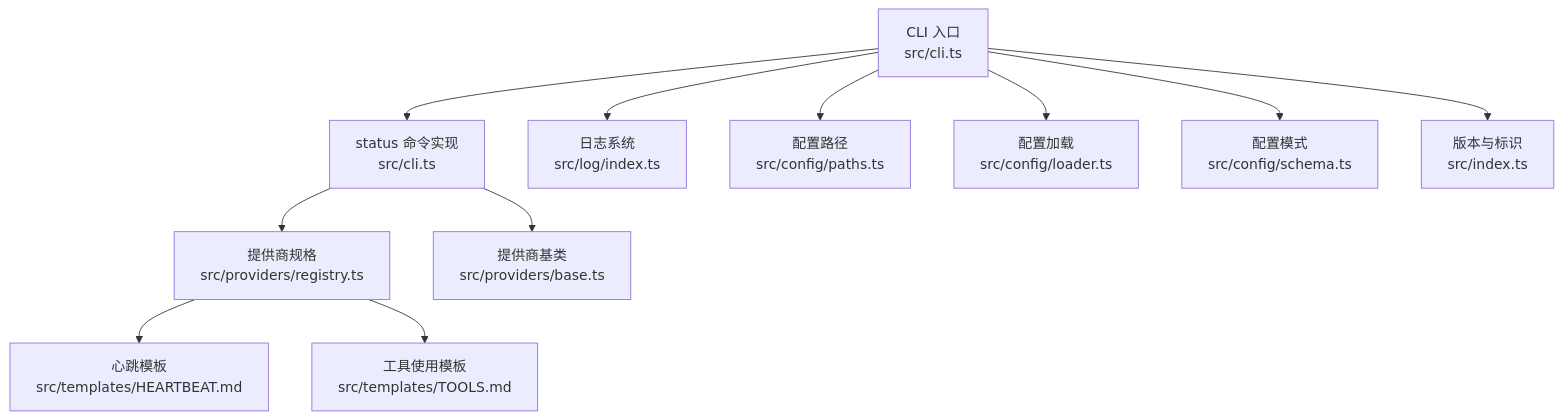
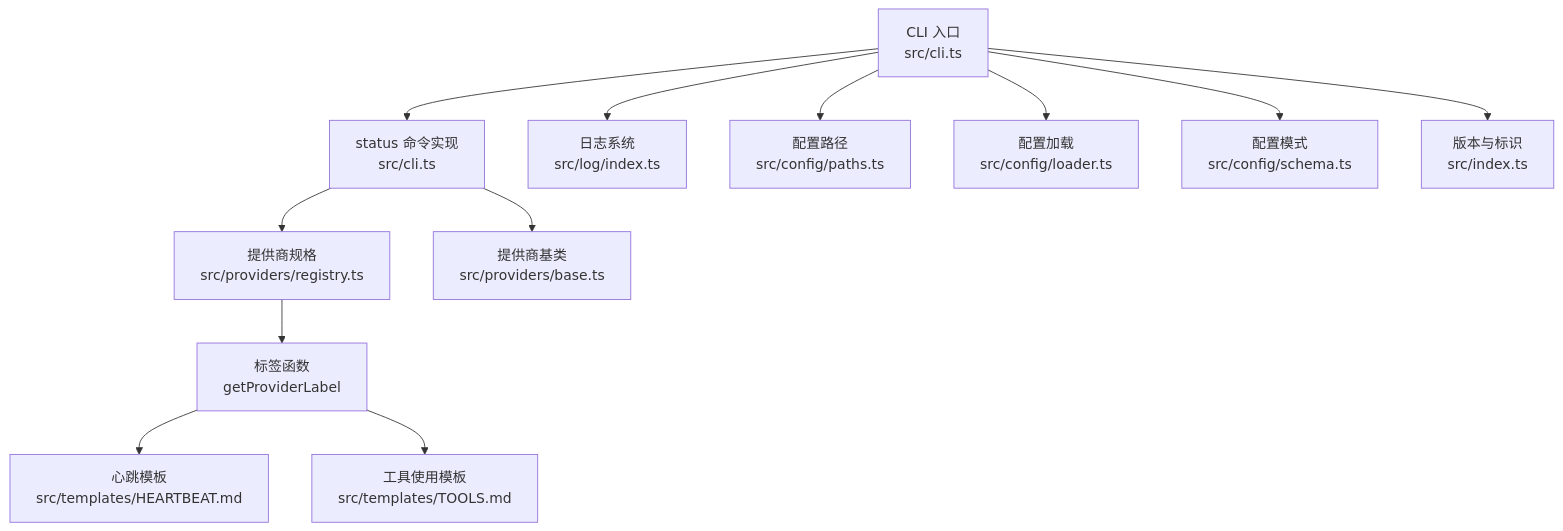
Before and after one commit to neciszhang/batbot: the first of 3 diagrams in .qoder/repowiki/zh/content/命令参考手册/状态命令 (status).md, drawn with Mermaid. The commit also changed other lines of this file and 4 other files, not shown here.

````diff
--- a/.qoder/repowiki/zh/content/命令参考手册/状态命令 (status).md
+++ b/.qoder/repowiki/zh/content/命令参考手册/状态命令 (status).md
@@ -42,13 +51,14 @@
 ```mermaid
 graph TB
 CLI["CLI 入口<br/>src/cli.ts"] --> CMD_STATUS["status 命令实现<br/>src/cli.ts"]
 CLI --> LOG["日志系统<br/>src/log/index.ts"]
 CLI --> CFG_PATH["配置路径<br/>src/config/paths.ts"]
 CLI --> CFG_LOAD["配置加载<br/>src/config/loader.ts"]
 CLI --> CFG_SCHEMA["配置模式<br/>src/config/schema.ts"]
 CMD_STATUS --> PROV_SPEC["提供商规格<br/>src/providers/registry.ts"]
 CMD_STATUS --> PROV_BASE["提供商基类<br/>src/providers/base.ts"]
-PROV_SPEC --> TPL_HB["心跳模板<br/>src/templates/HEARTBEAT.md"]
-PROV_SPEC --> TPL_TOOLS["工具使用模板<br/>src/templates/TOOLS.md"]
+PROV_SPEC --> GET_LABEL["标签函数<br/>getProviderLabel"]
+GET_LABEL --> TPL_HB["心跳模板<br/>src/templates/HEARTBEAT.md"]
+GET_LABEL --> TPL_TOOLS["工具使用模板<br/>src/templates/TOOLS.md"]
 CLI --> VER["版本与标识<br/>src/index.ts"]
 ```
````
